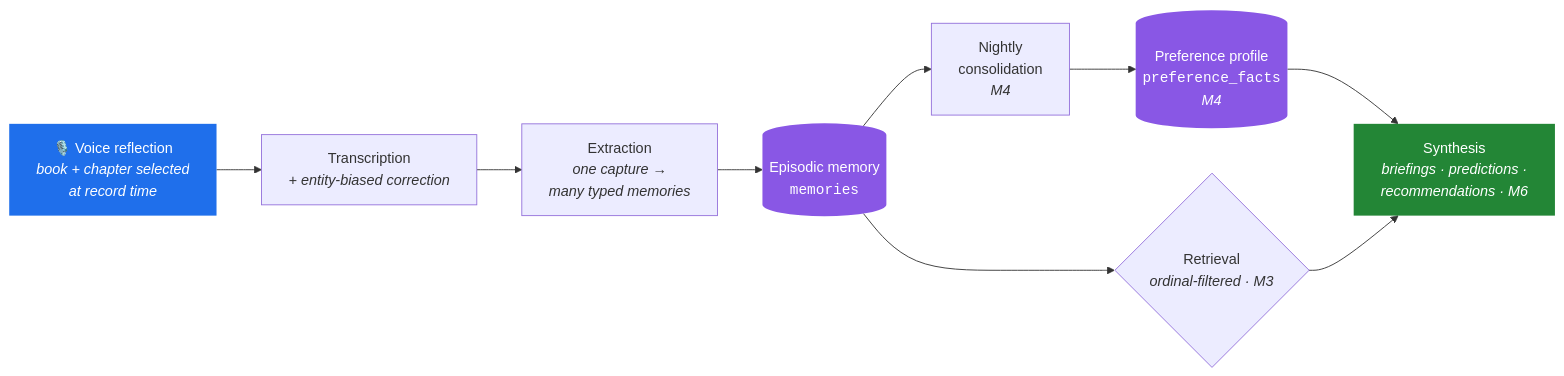
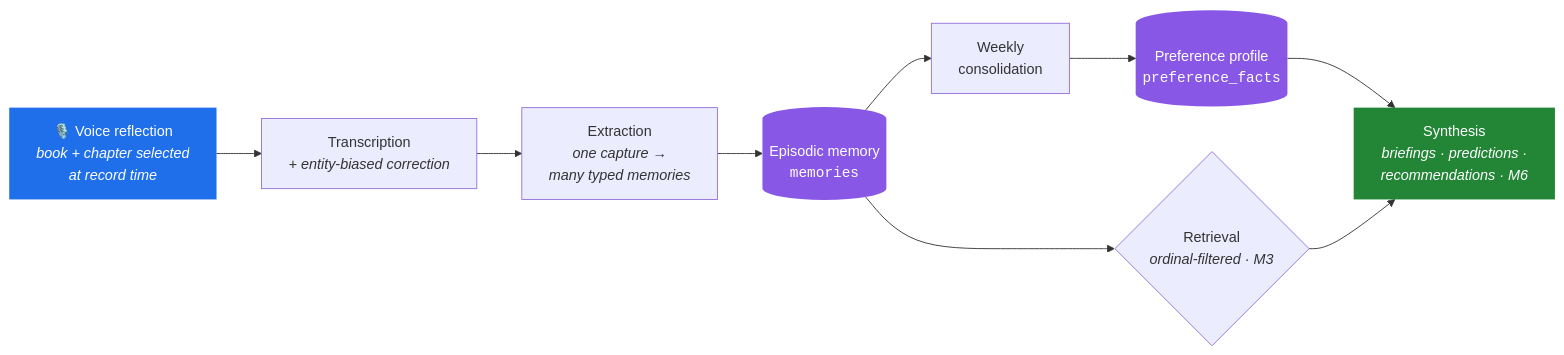
The first of 3 diagrams in README.md (aabu4537/ALAM), drawn with Mermaid before and after one commit. The commit also changed other lines of this file and 33 other files, not shown here.

````diff
--- a/README.md
+++ b/README.md
@@ -34,16 +34,16 @@
 ```mermaid
 flowchart LR
     A["🎙️ Voice reflection<br/><i>book + chapter selected<br/>at record time</i>"] --> B["Transcription<br/><i>+ entity-biased correction</i>"]
     B --> C["Extraction<br/><i>one capture →<br/>many typed memories</i>"]
     C --> D[("Episodic memory<br/><code>memories</code>")]
-    D --> E["Nightly<br/>consolidation<br/><i>M4</i>"]
-    E --> F[("Preference profile<br/><code>preference_facts</code><br/><i>M4</i>")]
+    D --> E["Weekly<br/>consolidation"]
+    E --> F[("Preference profile<br/><code>preference_facts</code>")]
     D --> G{"Retrieval<br/><i>ordinal-filtered · M3</i>"}
     F --> H["Synthesis<br/><i>briefings · predictions ·<br/>recommendations · M6</i>"]
     G --> H
 
     style A fill:#1f6feb,color:#fff,stroke:none
     style H fill:#238636,color:#fff,stroke:none
     style D fill:#8957e5,color:#fff,stroke:none
     style F fill:#8957e5,color:#fff,stroke:none
 ```
````
